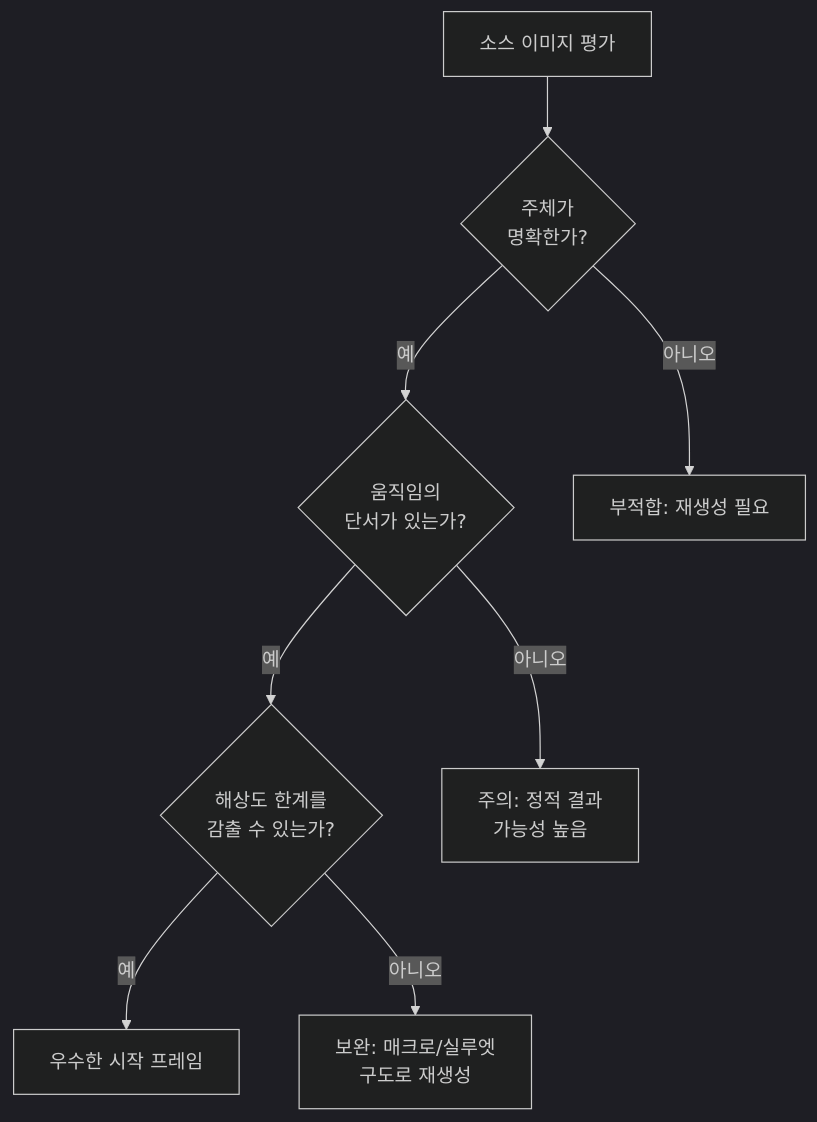
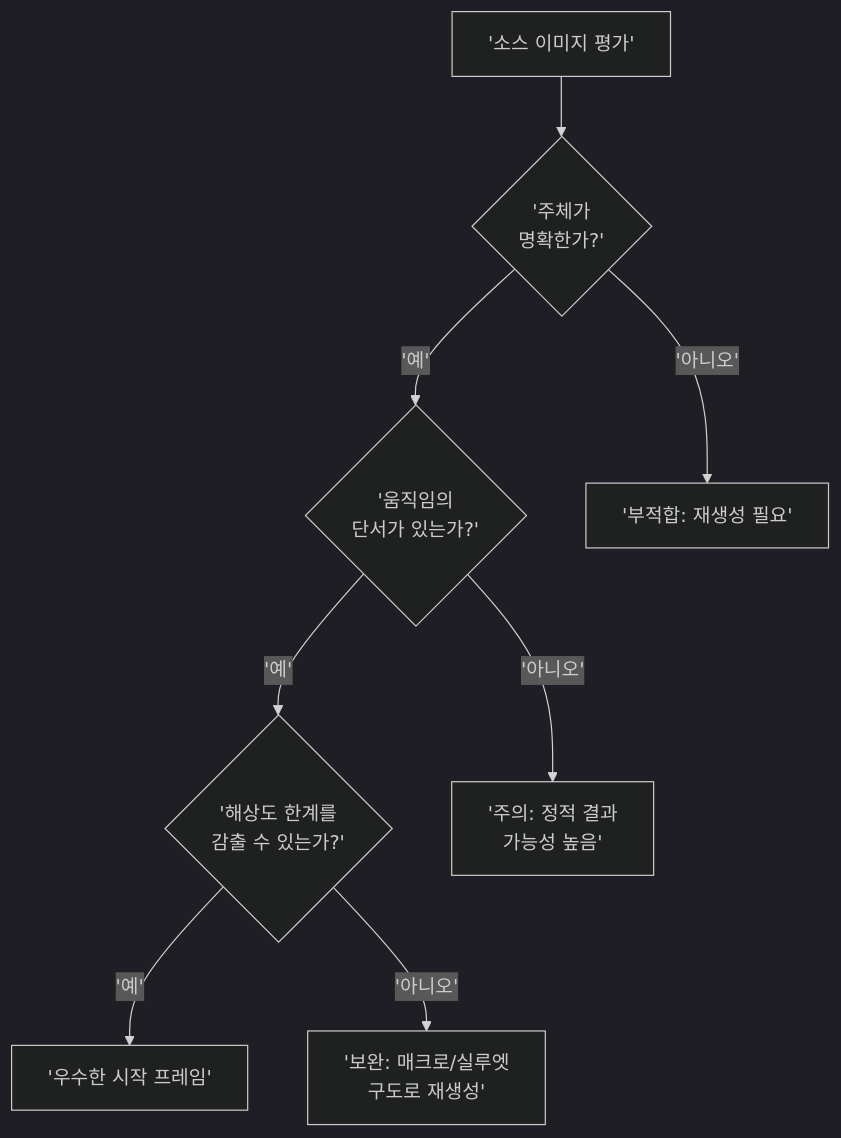
One commit to jsonpassion/forge-tutorial-promptcanvas changed the first of 3 diagrams in 10-ch10-midjourney-영상-생성/02-02-image-to-video-정지-이미지에-생명-불어넣기.md. Above: the diagram before and after it, drawn with Mermaid (dark theme). The commit also changed other lines of this file and 63 other files, not shown here.

````diff
--- a/10-ch10-midjourney-영상-생성/02-02-image-to-video-정지-이미지에-생명-불어넣기.md
+++ b/10-ch10-midjourney-영상-생성/02-02-image-to-video-정지-이미지에-생명-불어넣기.md
@@ -45,10 +18,10 @@
 ```mermaid
 flowchart TD
-    S["소스 이미지 평가"] --> A{"주체가<br/>명확한가?"}
-    A -- "예" --> B{"움직임의<br/>단서가 있는가?"}
-    A -- "아니오" --> X1["부적합: 재생성 필요"]
-    B -- "예" --> C{"해상도 한계를<br/>감출 수 있는가?"}
-    B -- "아니오" --> X2["주의: 정적 결과<br/>가능성 높음"]
-    C -- "예" --> D["우수한 시작 프레임"]
-    C -- "아니오" --> X3["보완: 매크로/실루엣<br/>구도로 재생성"]
+    S['소스 이미지 평가'] --> A{'주체가<br/>명확한가?'}
+    A -- '예' --> B{'움직임의<br/>단서가 있는가?'}
+    A -- '아니오' --> X1['부적합: 재생성 필요']
+    B -- '예' --> C{'해상도 한계를<br/>감출 수 있는가?'}
+    B -- '아니오' --> X2['주의: 정적 결과<br/>가능성 높음']
+    C -- '예' --> D['우수한 시작 프레임']
+    C -- '아니오' --> X3['보완: 매크로/실루엣<br/>구도로 재생성']
 ```
````
